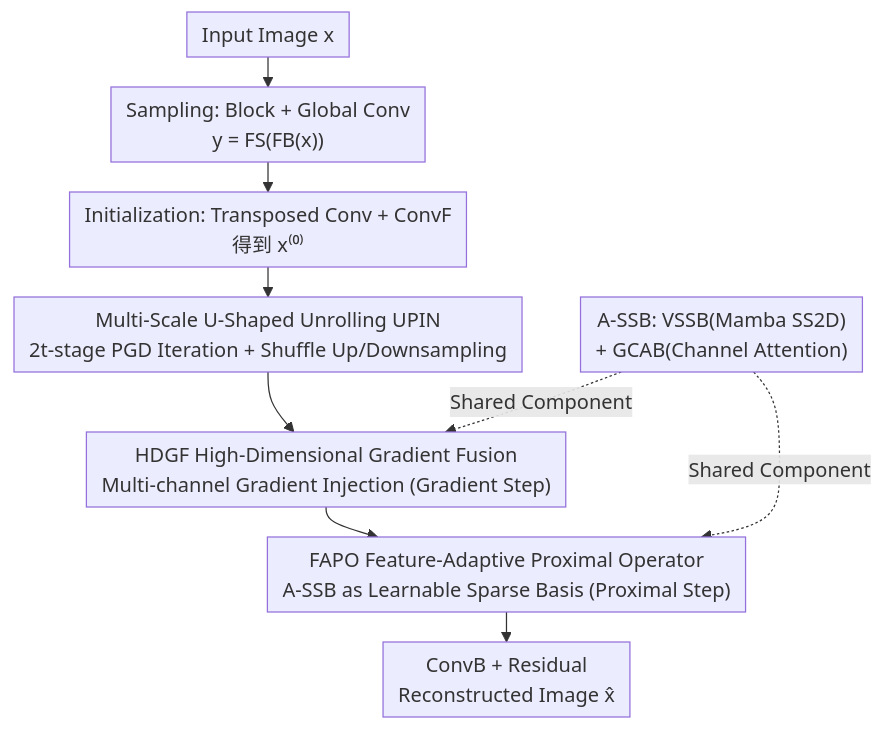
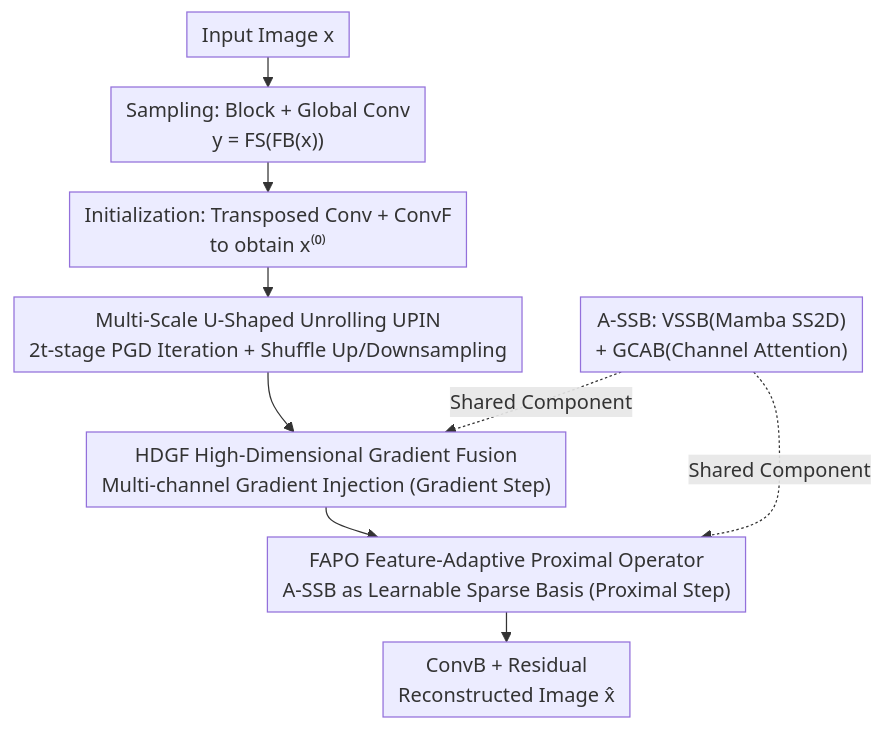
The diagram in docs/CVPR2026/image_restoration/multi-scale_gradient-guided_unrolling_architecture_with_adaptive_mamba_for_compr.md (zhaoyang97/Paper-Notes-en), drawn with Mermaid before and after one commit. The commit also changed 644 other files, not shown here.

````diff
--- a/docs/CVPR2026/image_restoration/multi-scale_gradient-guided_unrolling_architecture_with_adaptive_mamba_for_compr.md
+++ b/docs/CVPR2026/image_restoration/multi-scale_gradient-guided_unrolling_architecture_with_adaptive_mamba_for_compr.md
@@ -47,12 +47,12 @@
 ```mermaid
 %%{init: {'flowchart': {'rankSpacing': 24, 'nodeSpacing': 28, 'padding': 6, 'wrappingWidth': 400}}}%%
 flowchart TD
     A["Input Image x"] --> B["Sampling: Block + Global Conv<br/>y = FS(FB(x))"]
-    B --> C["Initialization: Transposed Conv + ConvF<br/>得到 x⁽⁰⁾"]
+    B --> C["Initialization: Transposed Conv + ConvF<br/>to obtain x⁽⁰⁾"]
     C --> D["Multi-Scale U-Shaped Unrolling UPIN<br/>2t-stage PGD Iteration + Shuffle Up/Downsampling"]
     D --> E["HDGF High-Dimensional Gradient Fusion<br/>Multi-channel Gradient Injection (Gradient Step)"]
     E --> F["FAPO Feature-Adaptive Proximal Operator<br/>A-SSB as Learnable Sparse Basis (Proximal Step)"]
     G["A-SSB: VSSB(Mamba SS2D)<br/>+ GCAB(Channel Attention)"] -.Shared Component.-> E
     G -.Shared Component.-> F
     F --> H["ConvB + Residual<br/>Reconstructed Image x̂"]
 ```
````
